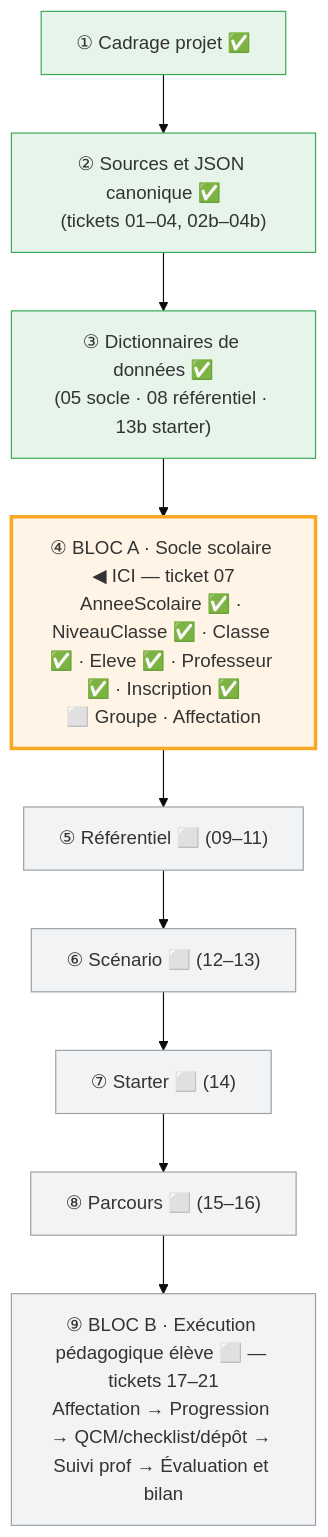
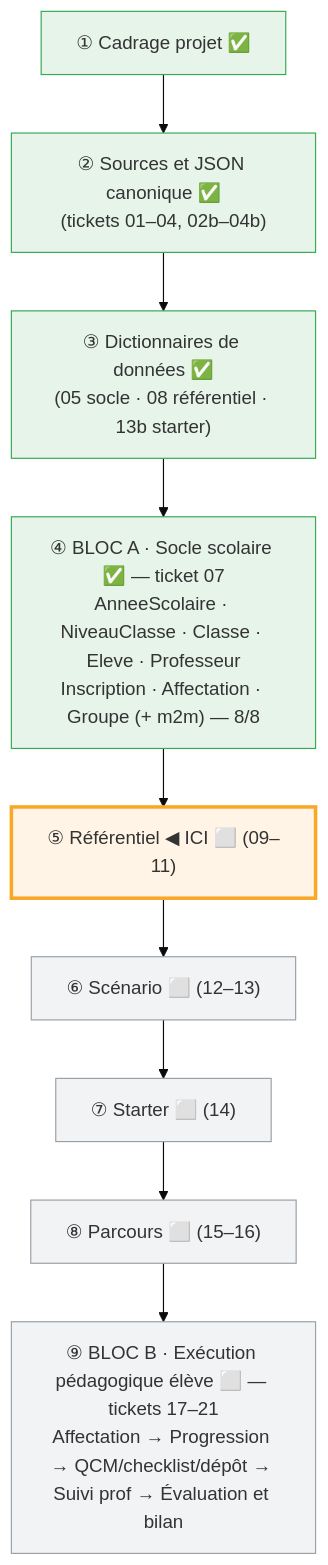
The diagram in docs/journal-de-progression.md (caucrogeGit/ReferenCiel-Manager), drawn with Mermaid (base theme) before and after one commit. The commit also changed other lines of this file and 3 other files, not shown here.

````diff
--- a/docs/journal-de-progression.md
+++ b/docs/journal-de-progression.md
@@ -585,19 +637,19 @@
 ```mermaid
 flowchart TD
     A["① Cadrage projet ✅"]
     B["② Sources et JSON canonique ✅<br/>(tickets 01–04, 02b–04b)"]
     C["③ Dictionnaires de données ✅<br/>(05 socle · 08 référentiel · 13b starter)"]
-    D["④ BLOC A · Socle scolaire ◀ ICI — ticket 07<br/>AnneeScolaire ✅ · NiveauClasse ✅ · Classe ✅ · Eleve ✅ · Professeur ✅ · Inscription ✅<br/>⬜ Groupe · Affectation"]
-    E["⑤ Référentiel ⬜ (09–11)"]
+    D["④ BLOC A · Socle scolaire ✅ — ticket 07<br/>AnneeScolaire · NiveauClasse · Classe · Eleve · Professeur<br/>Inscription · Affectation · Groupe (+ m2m) — 8/8"]
+    E["⑤ Référentiel ◀ ICI ⬜ (09–11)"]
     F["⑥ Scénario ⬜ (12–13)"]
     G["⑦ Starter ⬜ (14)"]
     H["⑧ Parcours ⬜ (15–16)"]
     I["⑨ BLOC B · Exécution pédagogique élève ⬜ — tickets 17–21<br/>Affectation → Progression → QCM/checklist/dépôt → Suivi prof → Évaluation et bilan"]
     A --> B --> C --> D --> E --> F --> G --> H --> I
     classDef done fill:#e6f4ea,stroke:#34a853;
     classDef current fill:#fff4e5,stroke:#f9a825,stroke-width:3px;
     classDef todo fill:#f1f3f4,stroke:#9aa0a6;
-    class A,B,C done
-    class D current
-    class E,F,G,H,I todo
+    class A,B,C,D done
+    class E current
+    class F,G,H,I todo
 ```
````
